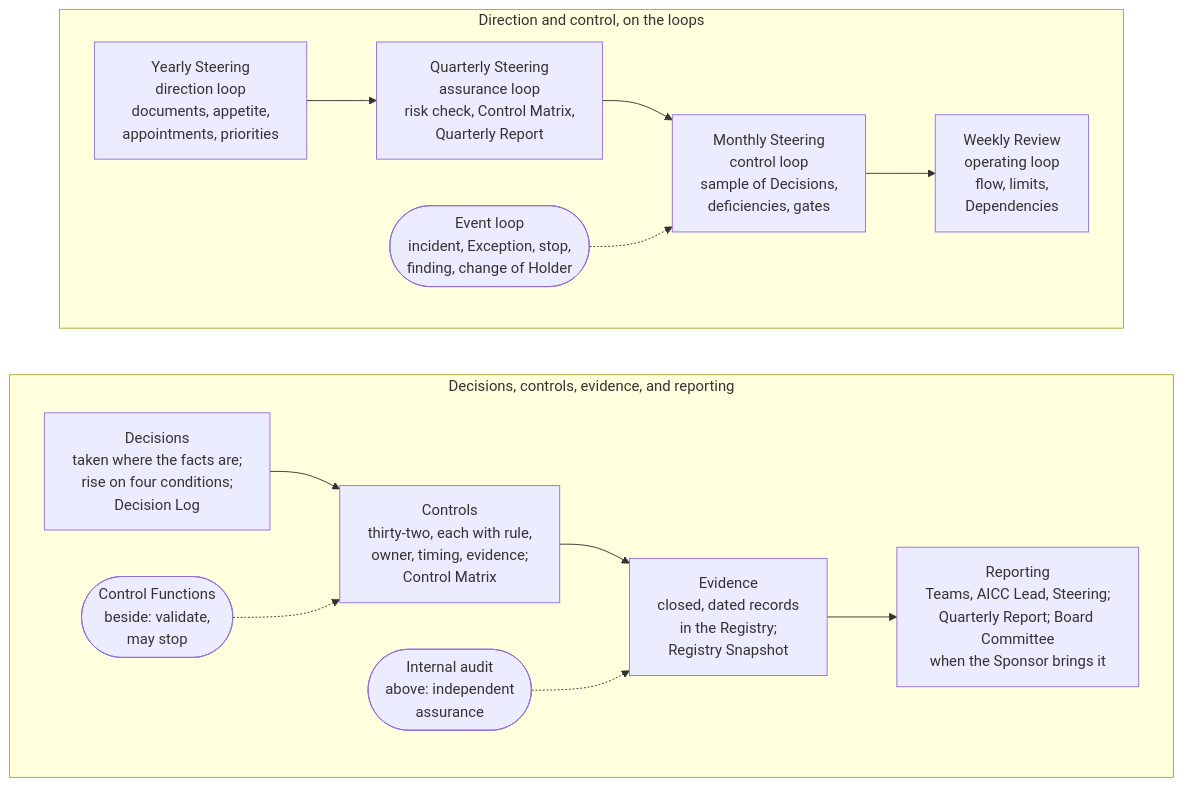
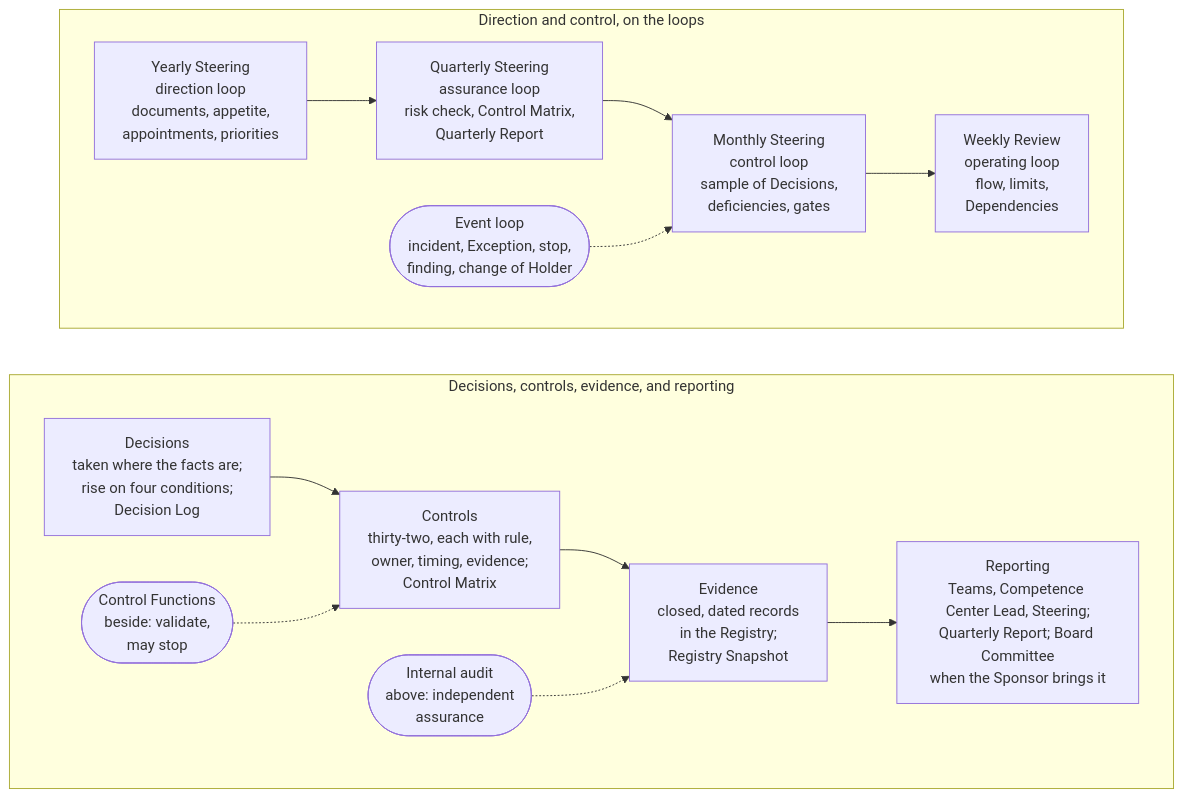
The diagram in portal/content/en/governance/overview.md (devhogu/ob-aicc), drawn with Mermaid before and after one commit. The commit also changed other lines of this file and 1149 other files, not shown here.

First line of the commit message:
The name Competence Center: AICC stays only as a code (DR-2026-066)

````diff
--- a/portal/content/en/governance/overview.md
+++ b/portal/content/en/governance/overview.md
@@ -9,19 +9,19 @@
 ```mermaid
 flowchart TB
   subgraph ROW1["Direction and control, on the loops"]
     direction LR
     Y["Yearly Steering<br/>direction loop<br/>documents, appetite,<br/>appointments, priorities"] --> Q["Quarterly Steering<br/>assurance loop<br/>risk check, Control Matrix,<br/>Quarterly Report"]
     Q --> M["Monthly Steering<br/>control loop<br/>sample of Decisions,<br/>deficiencies, gates"]
     M --> W["Weekly Review<br/>operating loop<br/>flow, limits,<br/>Dependencies"]
     E(["Event loop<br/>incident, Exception, stop,<br/>finding, change of Holder"]) -.-> M
   end
   subgraph ROW2["Decisions, controls, evidence, and reporting"]
     direction LR
     D["Decisions<br/>taken where the facts are;<br/>rise on four conditions;<br/>Decision Log"] --> C["Controls<br/>thirty-two, each with rule,<br/>owner, timing, evidence;<br/>Control Matrix"]
     C --> R["Evidence<br/>closed, dated records<br/>in the Registry;<br/>Registry Snapshot"]
-    R --> B["Reporting<br/>Teams, AICC Lead, Steering;<br/>Quarterly Report; Board Committee<br/>when the Sponsor brings it"]
+    R --> B["Reporting<br/>Teams, Competence Center Lead, Steering;<br/>Quarterly Report; Board Committee<br/>when the Sponsor brings it"]
     CF(["Control Functions<br/>beside: validate,<br/>may stop"]) -.-> C
     IA(["Internal audit<br/>above: independent<br/>assurance"]) -.-> R
   end
   ROW1 ~~~ ROW2
 ```
````
